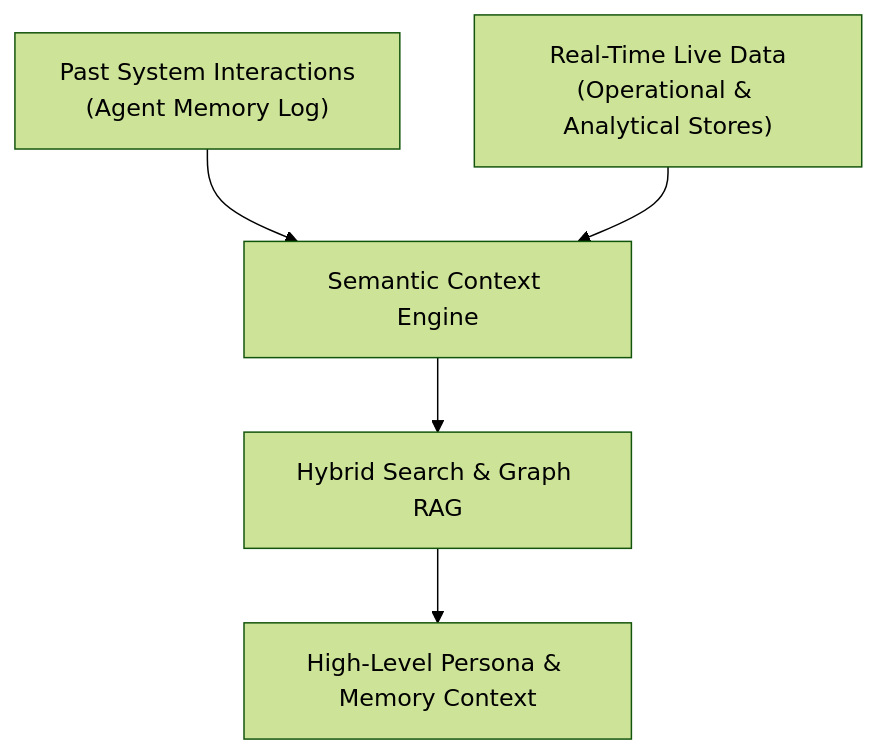
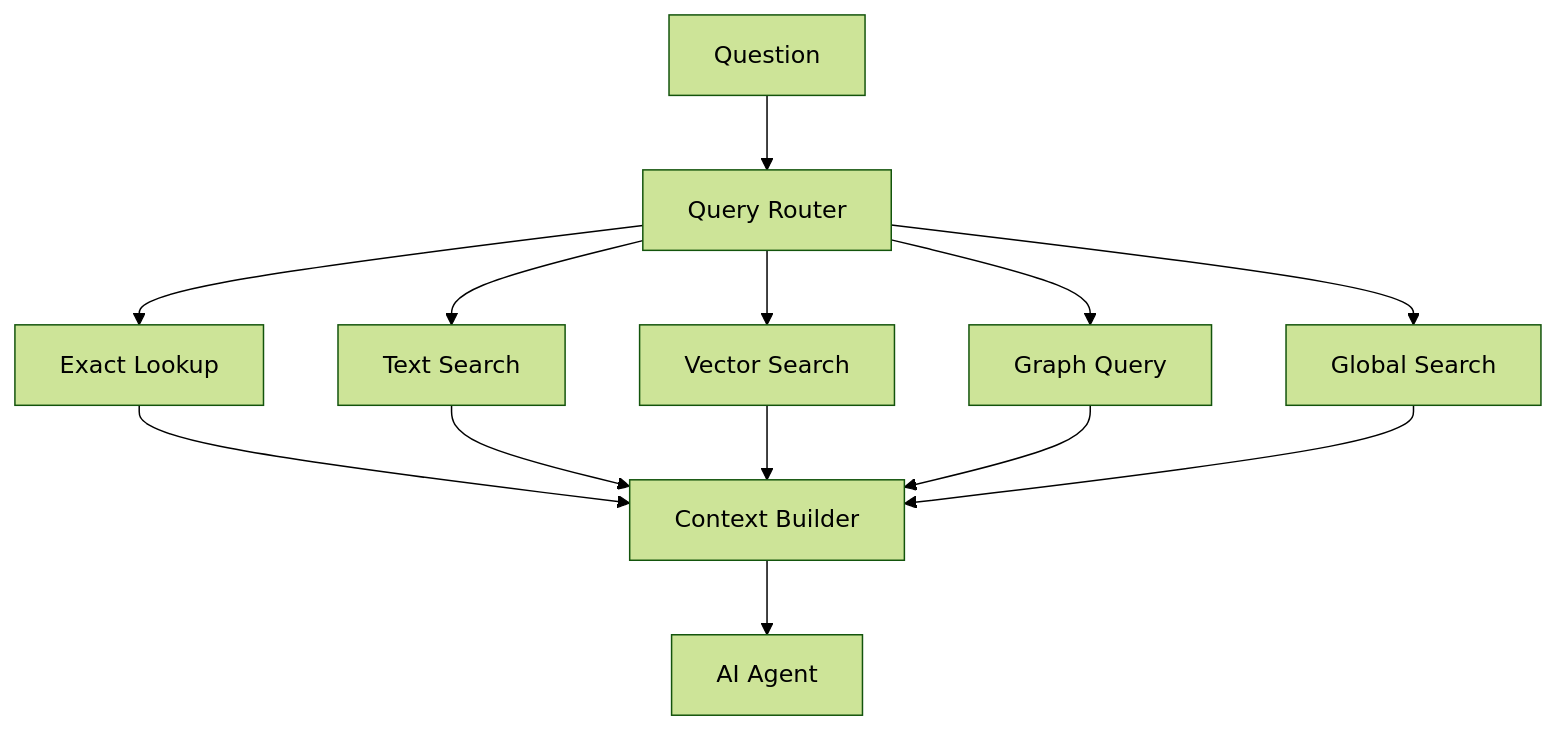
The second of 2 diagrams in content/tech-blog/he/building-an-effective-context-layer-part-7.md (ohadleshno/ohad-leshno-blog), drawn with Mermaid (forest theme) before and after one commit. The commit also changed other lines of this file and 65 other files, not shown here.

````diff
--- a/content/tech-blog/he/building-an-effective-context-layer-part-7.md
+++ b/content/tech-blog/he/building-an-effective-context-layer-part-7.md
@@ -30,7 +152,15 @@
 ```mermaid
 flowchart TD
-    PastInteractions["Past System Interactions<br/>(Agent Memory Log)"] --> SemanticEngine["Semantic Context Engine"]
-    LiveData["Real-Time Live Data<br/>(Operational & Analytical Stores)"] --> SemanticEngine
-    SemanticEngine --> HybridSearch["Hybrid Search & Graph RAG"]
-    HybridSearch --> HighLevelContext["High-Level Persona & Memory Context"]
+    Question["Question"] --> Router["Query Router"]
+    Router --> Exact["Exact Lookup"]
+    Router --> Lexical["Text Search"]
+    Router --> Semantic["Vector Search"]
+    Router --> Graph["Graph Query"]
+    Router --> Global["Global Search"]
+    Exact --> Context["Context Builder"]
+    Lexical --> Context
+    Semantic --> Context
+    Graph --> Context
+    Global --> Context
+    Context --> Agent["AI Agent"]
 ```
````
